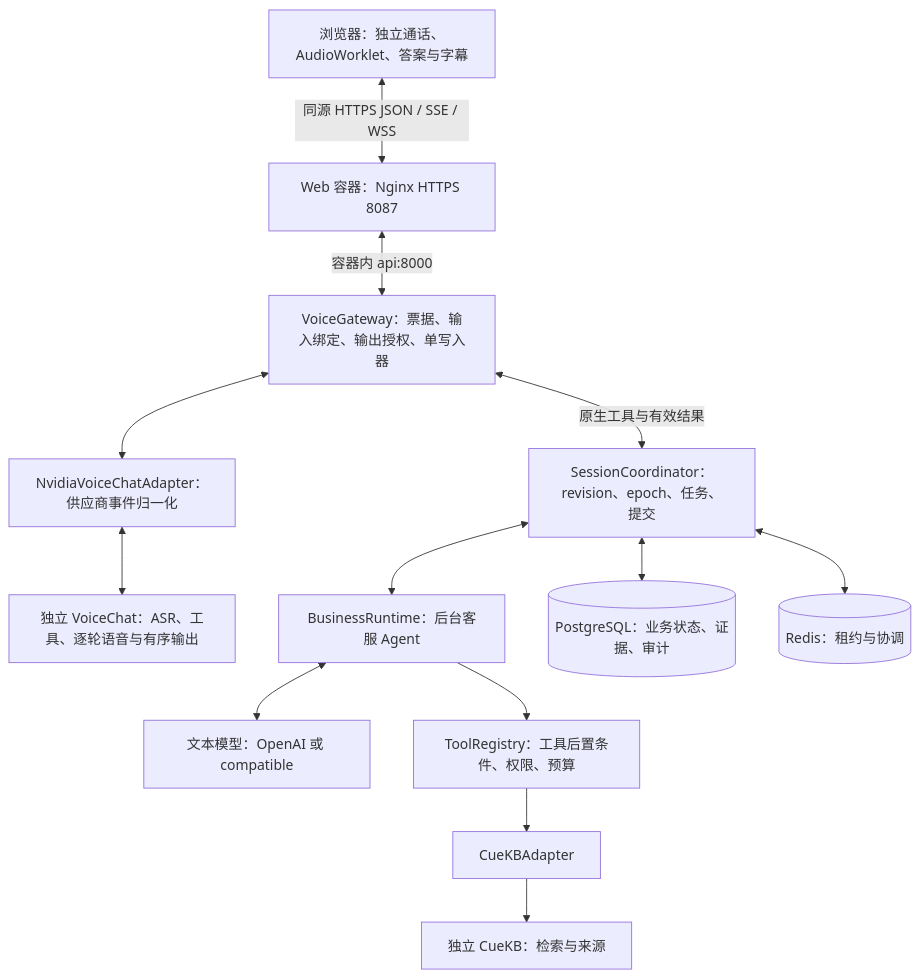
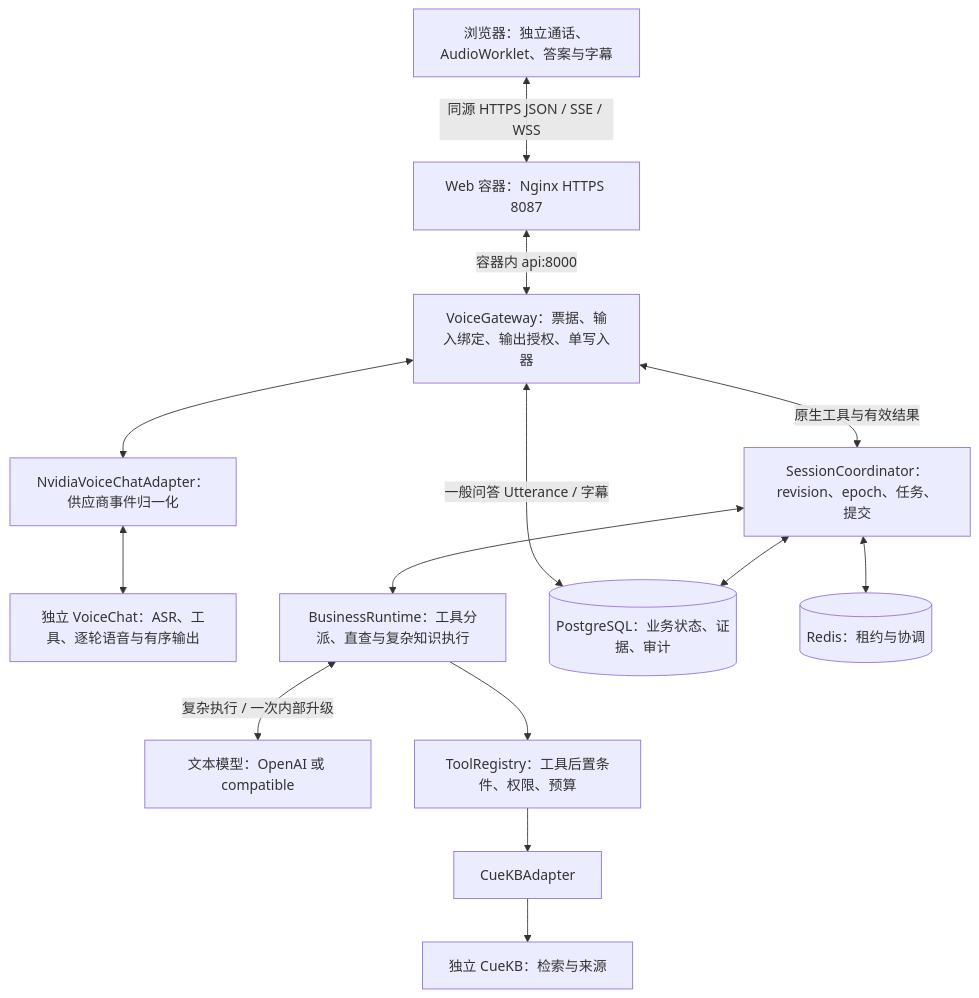
One commit to ttonghao-thao/voice-service-agent changed the diagram in docs/architecture.md. Above: the diagram before and after it, drawn with Mermaid. The commit also changed other lines of this file and 42 other files, not shown here.

````diff
--- a/docs/architecture.md
+++ b/docs/architecture.md
@@ -19,24 +23,26 @@
 ```mermaid
 flowchart TB
     U[浏览器：独立通话、AudioWorklet、答案与字幕]
     W[Web 容器：Nginx HTTPS 8087]
     G[VoiceGateway：票据、输入绑定、输出授权、单写入器]
     C[SessionCoordinator：revision、epoch、任务、提交]
     V[NvidiaVoiceChatAdapter：供应商事件归一化]
     N[独立 VoiceChat：ASR、工具、逐轮语音与有序输出]
-    B[BusinessRuntime：后台客服 Agent]
+    B[BusinessRuntime：工具分派、直查与复杂知识执行]
     L[文本模型：OpenAI 或 compatible]
     T[ToolRegistry：工具后置条件、权限、预算]
     K[CueKBAdapter]
     Q[独立 CueKB：检索与来源]
     S[(PostgreSQL：业务状态、证据、审计)]
     R[(Redis：租约与协调)]
     U <-->|同源 HTTPS JSON / SSE / WSS| W
     W <-->|容器内 api:8000| G
     G <--> V <--> N
     G <-->|原生工具与有效结果| C
-    C <--> B <--> L
+    C <--> B
+    B <-->|复杂执行 / 一次内部升级| L
+    G <-->|一般问答 Utterance / 字幕| S
     B --> T --> K --> Q
     C <--> S
     C <--> R
 ```
````
